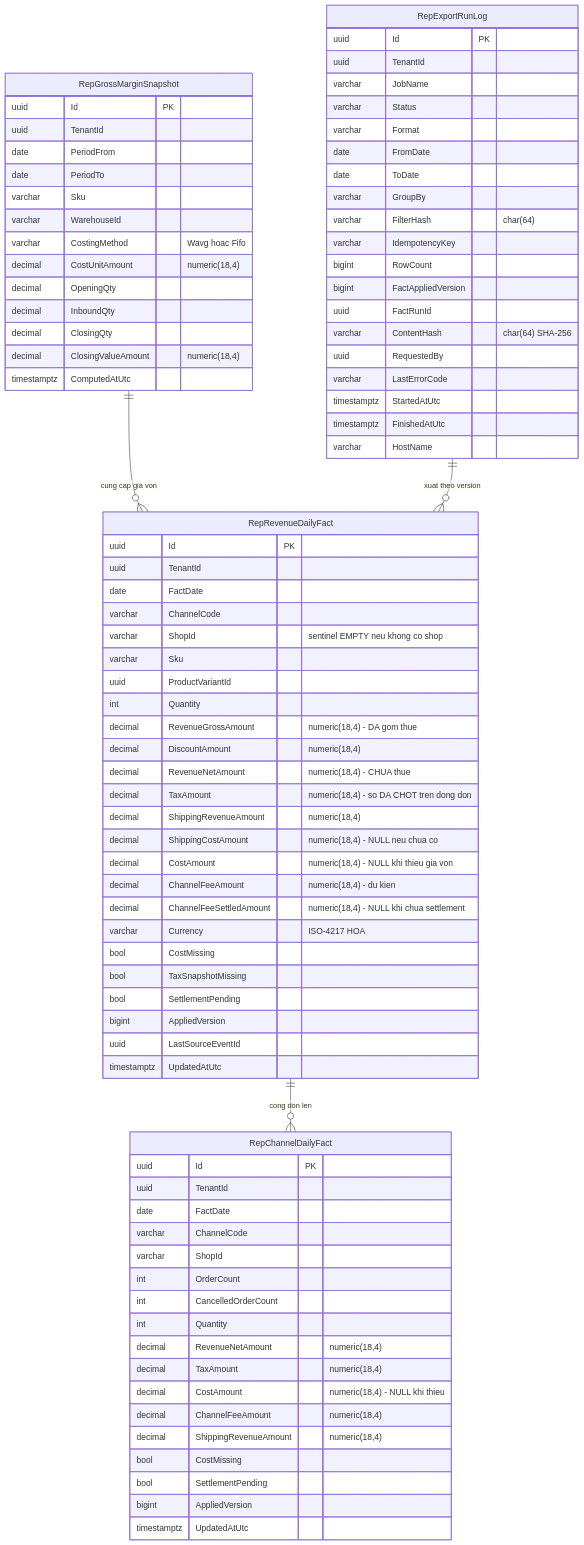
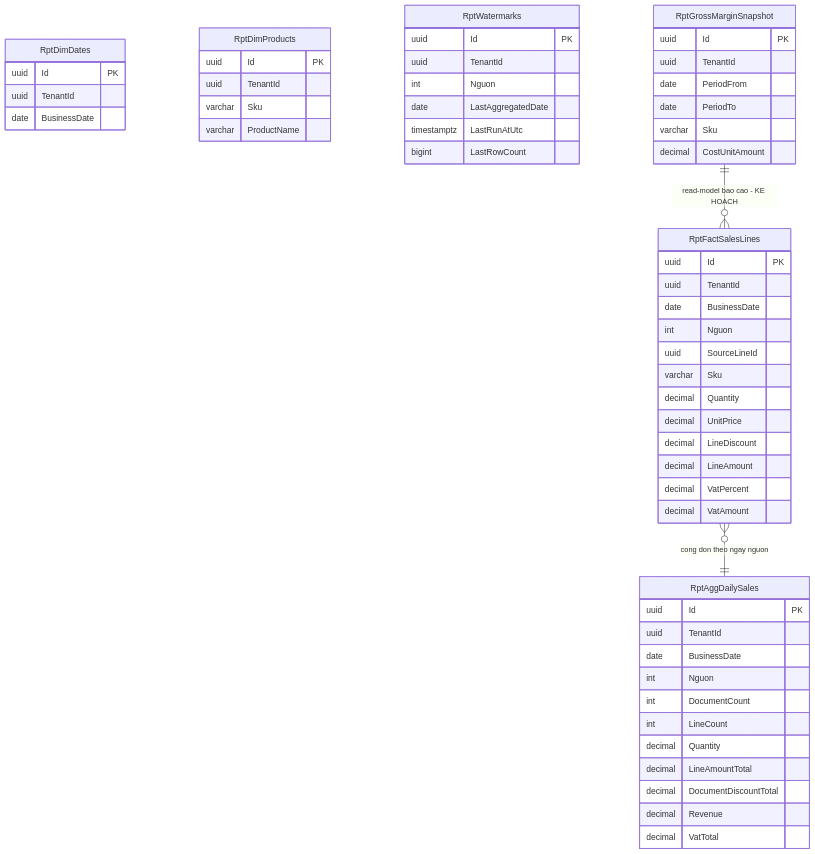
The seventh of 7 diagrams in docs/features/reporting/rep-002-bao-cao-doanh-thu-lai-gop.md (hungnt9801/eCommerce), drawn with Mermaid before and after one commit. The commit also changed other lines of this file and 5 other files, not shown here.

````diff
--- a/docs/features/reporting/rep-002-bao-cao-doanh-thu-lai-gop.md
+++ b/docs/features/reporting/rep-002-bao-cao-doanh-thu-lai-gop.md
@@ -328,87 +337,59 @@
 ```mermaid
 erDiagram
-    RepRevenueDailyFact {
+    RptDimDates {
         uuid Id PK
         uuid TenantId
-        date FactDate
-        varchar ChannelCode
-        varchar ShopId "sentinel EMPTY neu khong co shop"
-        varchar Sku
-        uuid ProductVariantId
-        int Quantity
-        decimal RevenueGrossAmount "numeric(18,4) - DA gom thue"
-        decimal DiscountAmount "numeric(18,4)"
-        decimal RevenueNetAmount "numeric(18,4) - CHUA thue"
-        decimal TaxAmount "numeric(18,4) - so DA CHOT tren dong don"
-        decimal ShippingRevenueAmount "numeric(18,4)"
-        decimal ShippingCostAmount "numeric(18,4) - NULL neu chua co"
-        decimal CostAmount "numeric(18,4) - NULL khi thieu gia von"
-        decimal ChannelFeeAmount "numeric(18,4) - du kien"
-        decimal ChannelFeeSettledAmount "numeric(18,4) - NULL khi chua settlement"
-        varchar Currency "ISO-4217 HOA"
-        bool CostMissing
-        bool TaxSnapshotMissing
-        bool SettlementPending
-        bigint AppliedVersion
-        uuid LastSourceEventId
-        timestamptz UpdatedAtUtc
+        date BusinessDate
     }
-    RepChannelDailyFact {
+    RptDimProducts {
         uuid Id PK
         uuid TenantId
-        date FactDate
-        varchar ChannelCode
-        varchar ShopId
-        int OrderCount
-        int CancelledOrderCount
-        int Quantity
-        decimal RevenueNetAmount "numeric(18,4)"
-        decimal TaxAmount "numeric(18,4)"
-        decimal CostAmount "numeric(18,4) - NULL khi thieu"
-        decimal ChannelFeeAmount "numeric(18,4)"
-        decimal ShippingRevenueAmount "numeric(18,4)"
-        bool CostMissing
-        bool SettlementPending
-        bigint AppliedVersion
-        timestamptz UpdatedAtUtc
+        varchar Sku
+        varchar ProductName
     }
-    RepGrossMarginSnapshot {
+    RptFactSalesLines {
+        uuid Id PK
+        uuid TenantId
+        date BusinessDate
+        int Nguon
+        uuid SourceLineId
+        varchar Sku
+        decimal Quantity
+        decimal UnitPrice
+        decimal LineDiscount
+        decimal LineAmount
+        decimal VatPercent
+        decimal VatAmount
+    }
+    RptAggDailySales {
+        uuid Id PK
+        uuid TenantId
+        date BusinessDate
+        int Nguon
+        int DocumentCount
+        int LineCount
+        decimal Quantity
+        decimal LineAmountTotal
+        decimal DocumentDiscountTotal
+        decimal Revenue
+        decimal VatTotal
+    }
+    RptWatermarks {
+        uuid Id PK
+        uuid TenantId
+        int Nguon
+        date LastAggregatedDate
+        timestamptz LastRunAtUtc
+        bigint LastRowCount
+    }
+    RptGrossMarginSnapshot {
         uuid Id PK
         uuid TenantId
         date PeriodFrom
         date PeriodTo
         varchar Sku
-        varchar WarehouseId
-        varchar CostingMethod "Wavg hoac Fifo"
-        decimal CostUnitAmount "numeric(18,4)"
-        decimal OpeningQty
-        decimal InboundQty
-        decimal ClosingQty
-        decimal ClosingValueAmount "numeric(18,4)"
-        timestamptz ComputedAtUtc
+        decimal CostUnitAmount
     }
-    RepExportRunLog {
-        uuid Id PK
-        uuid TenantId
-        varchar JobName
-        varchar Status
-        varchar Format
-        date FromDate
-        date ToDate
-        varchar GroupBy
-        varchar FilterHash "char(64)"
-        varchar IdempotencyKey
-        bigint RowCount
-        bigint FactAppliedVersion
-        uuid FactRunId
-        varchar ContentHash "char(64) SHA-256"
-        uuid RequestedBy
-        varchar LastErrorCode
-        timestamptz StartedAtUtc
-        timestamptz FinishedAtUtc
-        varchar HostName
-    }
-    RepRevenueDailyFact ||--o{ RepChannelDailyFact : "cong don len"
-    RepGrossMarginSnapshot ||--o{ RepRevenueDailyFact : "cung cap gia von"
-    RepExportRunLog ||--o{ RepRevenueDailyFact : "xuat theo version"
+    RptFactSalesLines }o--|| RptAggDailySales : "cong don theo ngay nguon"
+    RptGrossMarginSnapshot ||--o{ RptFactSalesLines : "read-model bao cao - KE HOACH"
 ```
````
